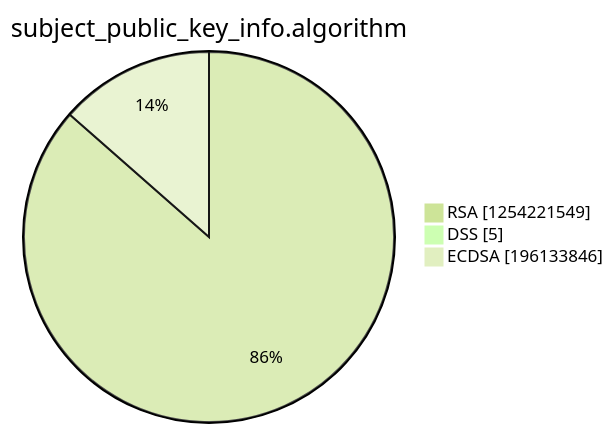
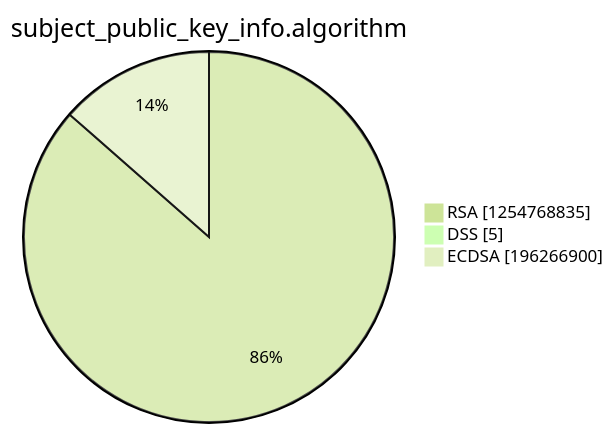
One commit to christiankrug/ctmonitor_visualization changed the third of 15 diagrams in argon2022/README.md. Above: the diagram before and after it, drawn with Mermaid (forest theme). The commit also changed other lines of this file, not shown here.

````diff
--- a/argon2022/README.md
+++ b/argon2022/README.md
@@ -14,7 +14,7 @@
 ```mermaid
 pie showData
 title subject_public_key_info.algorithm
-"RSA" :1254221549
+"RSA" :1254768835
 "DSS" :5
-"ECDSA" :196133846
+"ECDSA" :196266900
 ```
````
